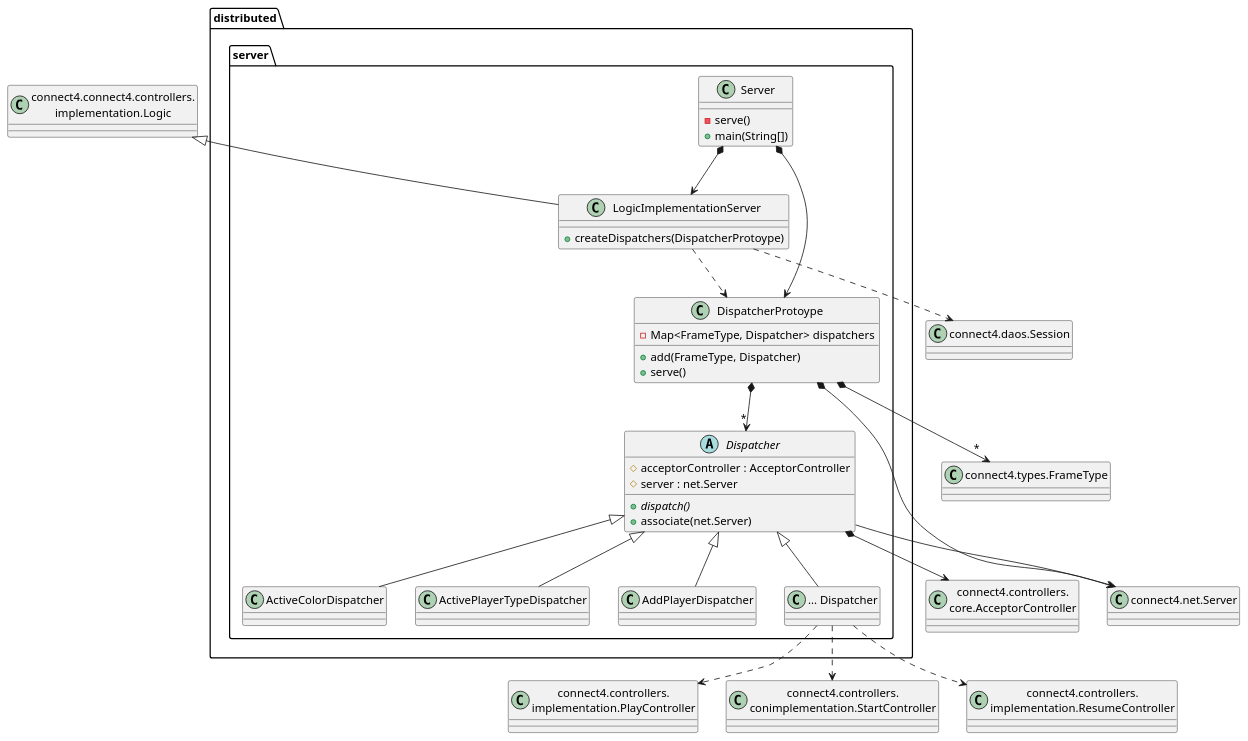
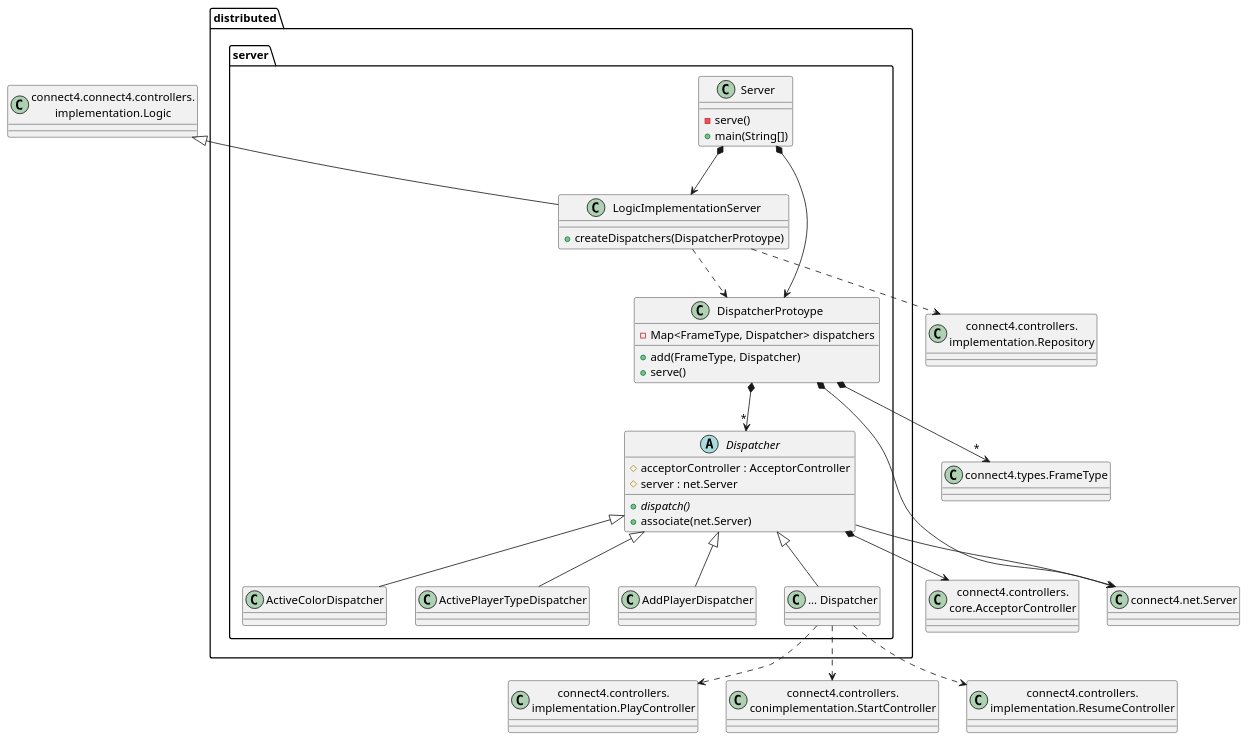
One commit to js-rom/connect4 changed the diagram in connect4/Docs/diagrams/src/packages/connect4.connect4.launchers.distributed.server.plantuml. Above: the diagram before and after it, drawn with PlantUML. The commit also changed 19 other files, not shown here.

```diff
--- a/connect4/Docs/diagrams/src/packages/connect4.connect4.launchers.distributed.server.plantuml
+++ b/connect4/Docs/diagrams/src/packages/connect4.connect4.launchers.distributed.server.plantuml
@@ -1,58 +1,58 @@
 @startuml connect4.connect4.launchers.distributed.server
 
 class distributed.server.Server {
     - serve()
     + main(String[])
 }
 class distributed.server.DispatcherProtoype {
     - Map<FrameType, Dispatcher> dispatchers
     + add(FrameType, Dispatcher)
     + serve()
 }
 class distributed.server.LogicImplementationServer {
     + createDispatchers(DispatcherProtoype)
 }
 abstract class distributed.server.Dispatcher {
     # acceptorController : AcceptorController
     # server : net.Server
     + {abstract} dispatch()
     + associate(net.Server) 
 }
 class distributed.server.ActiveColorDispatcher
 class distributed.server.ActivePlayerTypeDispatcher
 class distributed.server.AddPlayerDispatcher
 class distributed.server.XxxDispatcher as "... Dispatcher"
 
 Server *--> LogicImplementationServer
 Server *--> DispatcherProtoype
 class Logic as  "connect4.connect4.controllers.\nimplementation.Logic"
 Logic <|-- LogicImplementationServer
 LogicImplementationServer ..> DispatcherProtoype
 
 class NetServer as "connect4.net.Server"
 DispatcherProtoype *--> NetServer
 class FrameType as "connect4.types.FrameType"
 DispatcherProtoype *--> "*" FrameType
 DispatcherProtoype *--> "*" Dispatcher
 
 Dispatcher --> NetServer
 class AcceptorController as "connect4.controllers.\ncore.AcceptorController"
 Dispatcher *--> AcceptorController 
 
 
 Dispatcher <|-- ActiveColorDispatcher
 Dispatcher <|-- ActivePlayerTypeDispatcher
 Dispatcher <|-- AddPlayerDispatcher
 Dispatcher <|-- XxxDispatcher
 class PlayController as "connect4.controllers.\nimplementation.PlayController"
 class StartController as "connect4.controllers.\nconimplementation.StartController"
 class ResumeController as "connect4.controllers.\nimplementation.ResumeController"
 XxxDispatcher ..> PlayController
 XxxDispatcher ..> StartController
 XxxDispatcher ..> ResumeController
 
-class Session as "connect4.daos.Session"
-distributed.server.LogicImplementationServer ..> Session
+class Repository as "connect4.controllers.\nimplementation.Repository"
+distributed.server.LogicImplementationServer ..> Repository
 
 
 @enduml 
```
